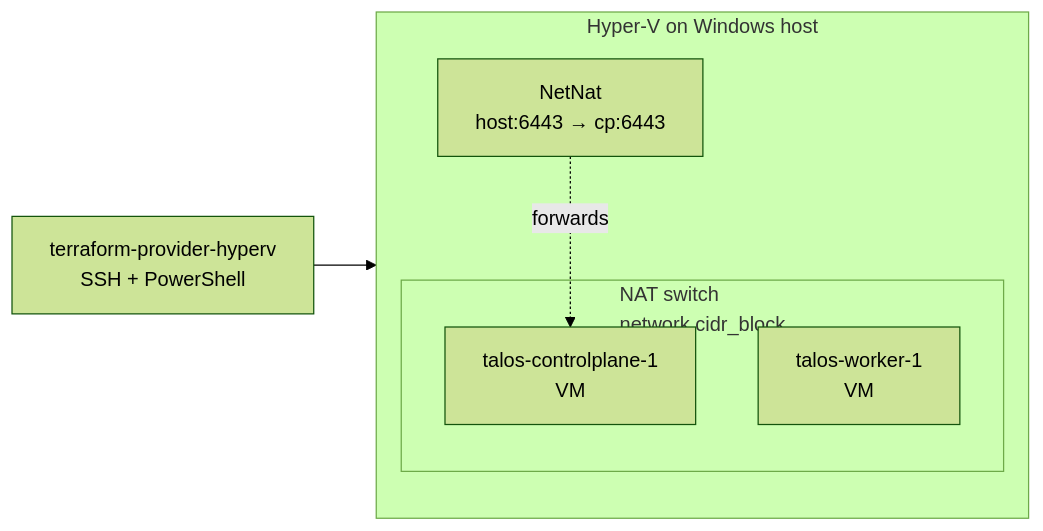
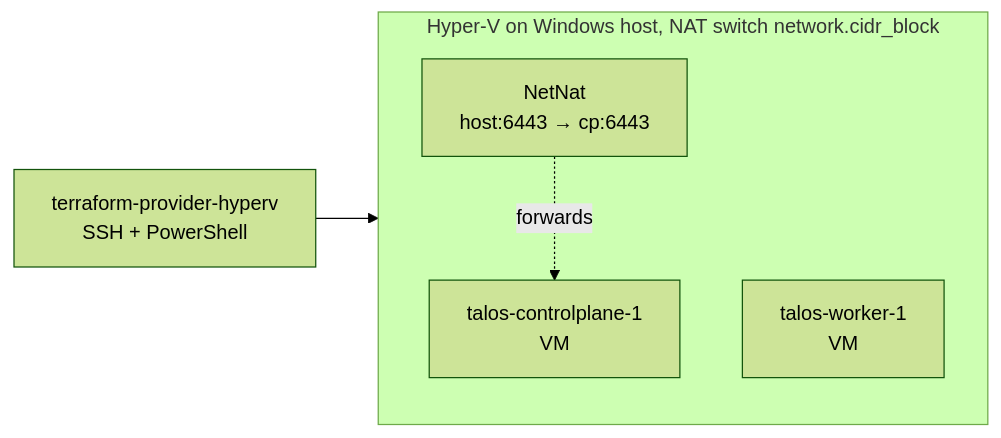
Before and after one commit to windsorcli/core: the second of 3 diagrams in terraform/compute/README.md, drawn with Mermaid (forest theme). The commit also changed other lines of this file and 6 other files, not shown here.

Commit message:
chore(docs): refine flowcharts in README files for backend, cluster, compute, CNI, network, gitops, and workstation categories

````diff
--- a/terraform/compute/README.md
+++ b/terraform/compute/README.md
@@ -62,15 +62,13 @@
 ```mermaid
 flowchart LR
   prov[terraform-provider-hyperv<br/>SSH + PowerShell]
 
-  subgraph hv[Hyper-V on Windows host]
-    subgraph natsw[NAT switch<br/>network.cidr_block]
-      cp[talos-controlplane-1<br/>VM]
-      w[talos-worker-1<br/>VM]
-    end
+  subgraph hv[Hyper-V on Windows host, NAT switch network.cidr_block]
+    cp[talos-controlplane-1<br/>VM]
+    w[talos-worker-1<br/>VM]
     netnat[NetNat<br/>host:6443 → cp:6443]
   end
 
   prov --> hv
   netnat -.forwards.-> cp
 ```
````
